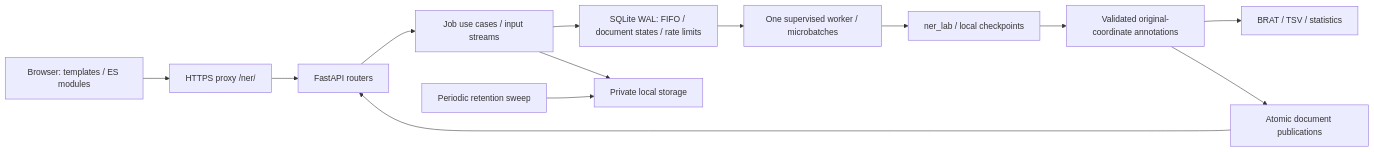
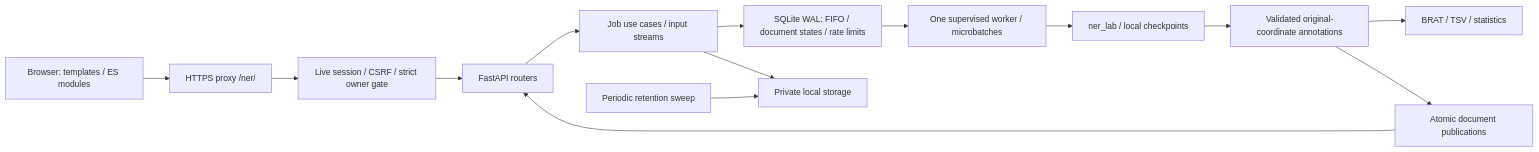
The diagram in README.md (nlp4bia-bsc/ner-inference-web), drawn with Mermaid before and after one commit. The commit also changed other lines of this file and 97 other files, not shown here.

````diff
--- a/README.md
+++ b/README.md
@@ -17,15 +30,16 @@
 ```mermaid
 flowchart LR
     B[Browser: templates / ES modules] --> P[HTTPS proxy /ner/]
-    P --> A[FastAPI routers]
+    P --> G[Live session / CSRF / strict owner gate]
+    G --> A[FastAPI routers]
     A --> J[Job use cases / input streams]
     J --> Q[SQLite WAL: FIFO / document states / rate limits]
     J --> S[Private local storage]
     Q --> W[One supervised worker / microbatches]
     W --> N[ner_lab / local checkpoints]
     N --> V[Validated original-coordinate annotations]
     V --> X[BRAT / TSV / statistics]
     V --> I[Atomic document publications]
     I --> A
     C[Periodic retention sweep] --> S
 ```
````
